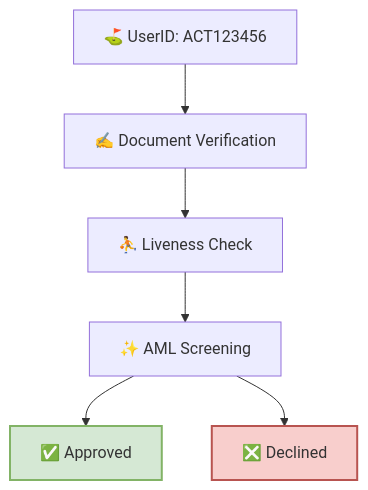
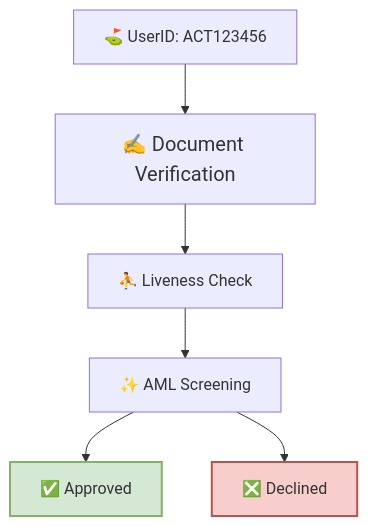
Before and after one commit to Fantastic-Devs/Mintlify: the diagram in id/id.mdx, drawn with Mermaid.

````diff
--- a/id/id.mdx
+++ b/id/id.mdx
@@ -17,18 +17,21 @@
 ```mermaid
 
 graph TB;
     A["⛳  UserID: ACT123456"];
     B["✍ Document Verification"];
     C["⛹ Liveness Check"];
     D["✨ AML Screening"];
     E["✅ Approved"];
     F["❎ Declined"];
     A--> B;
     B--> C;
     C--> D;
     D--> E & F;
 
-style E fill:#d5e8d4,stroke:#82b366,stroke-width:2px
-style F fill:#f8cecc,stroke:#b85450,stroke-width:2px
+    classDef largeText font-size:20px;
+    class B largeText;
+
+    style E fill:#d5e8d4,stroke:#82b366,stroke-width:2px
+    style F fill:#f8cecc,stroke:#b85450,stroke-width:2px
 
 ```
````
